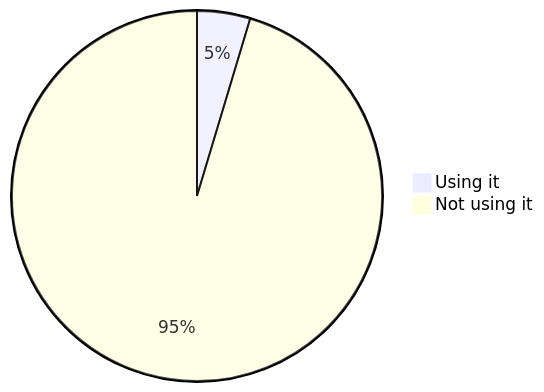
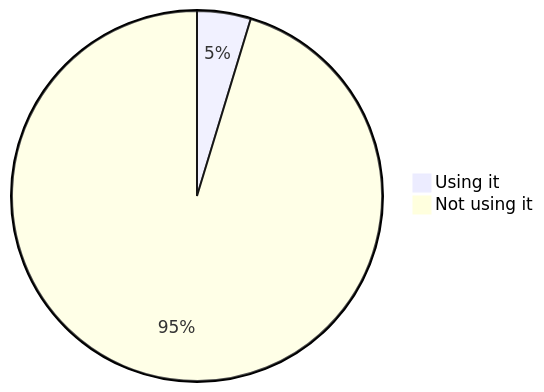
Before and after one commit to oshp/oshp-stats: diagram 11 of 22 in stats.md, drawn with Mermaid. The commit also changed other lines of this file, not shown here.

````diff
--- a/stats.md
+++ b/stats.md
@@ -130,6 +130,6 @@
 ```mermaid
 pie
-	"Using it" : 4.64
-	"Not using it" : 95.36
+	"Using it" : 4.69
+	"Not using it" : 95.31
 
 ```
````
